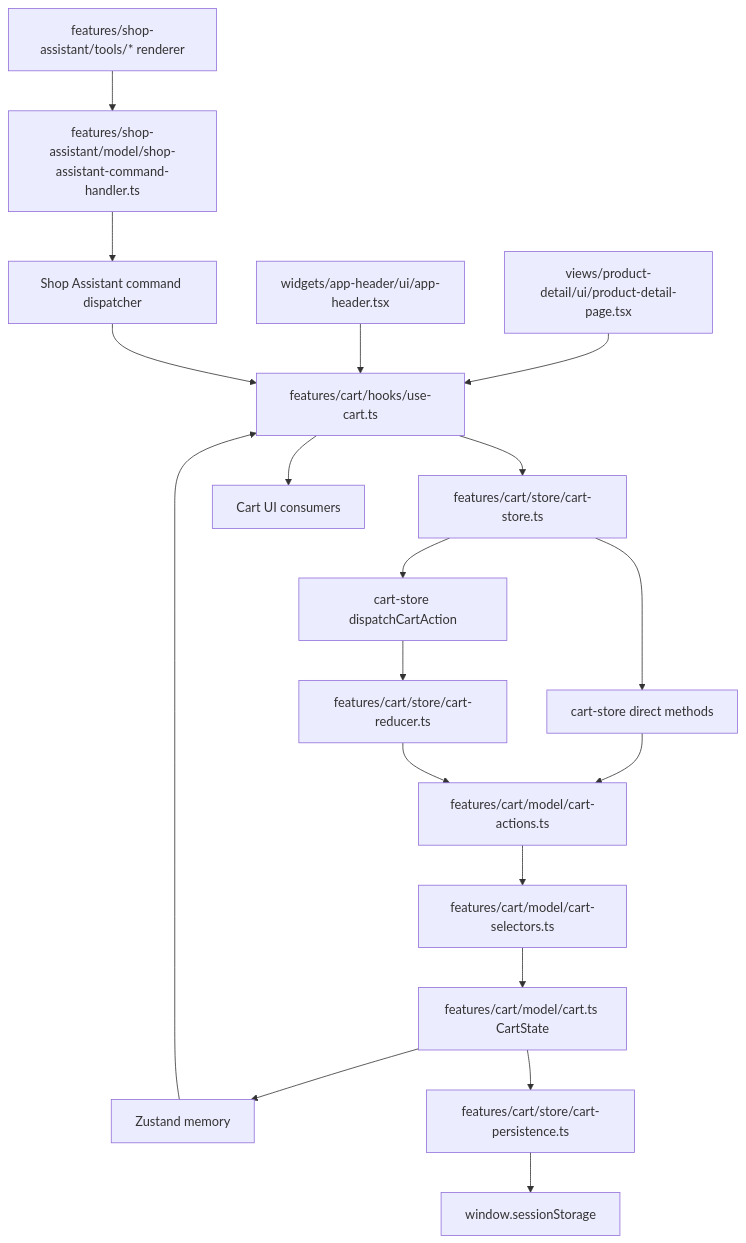
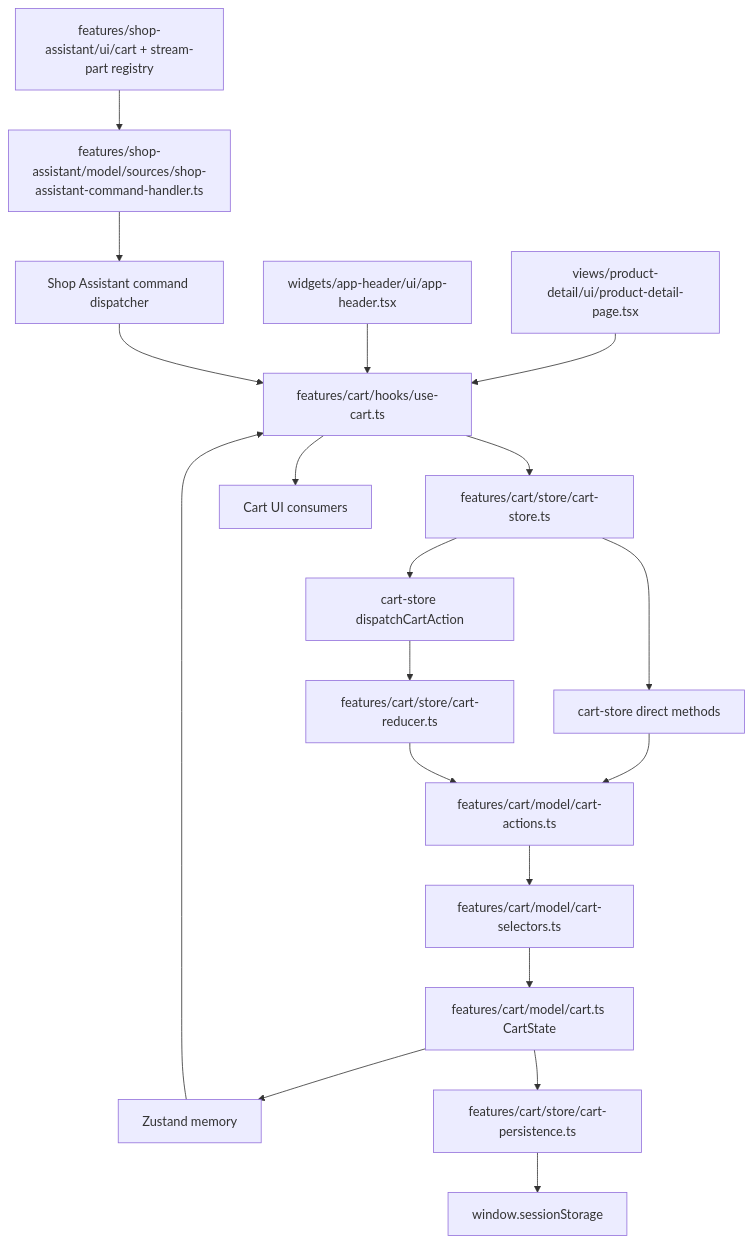
Before and after one commit to SheriffKoder/shopmate-ai-product-assistant: the diagram in features/cart/architecture.md, drawn with Mermaid. The commit also changed other lines of this file and 9 other files, not shown here.

First line of the commit message:
docs(ai-assistant): align retrieval-first with schema lookup render

````diff
--- a/features/cart/architecture.md
+++ b/features/cart/architecture.md
@@ -5,24 +5,24 @@
 ```mermaid
 flowchart TD
     ProductPage[views/product-detail/ui/product-detail-page.tsx] --> Hook[features/cart/hooks/use-cart.ts]
     Header[widgets/app-header/ui/app-header.tsx] --> Hook
-    Assistant[features/shop-assistant/tools/* renderer] --> Command[features/shop-assistant/model/shop-assistant-command-handler.ts]
+    Assistant[features/shop-assistant/ui/cart + stream-part registry] --> Command[features/shop-assistant/model/sources/shop-assistant-command-handler.ts]
     Command --> Handler[Shop Assistant command dispatcher]
     Handler --> Hook
 
     Hook --> Store[features/cart/store/cart-store.ts]
 
     Store --> Direct[cart-store direct methods]
     Store --> Dispatch[cart-store dispatchCartAction]
     Dispatch --> Reducer[features/cart/store/cart-reducer.ts]
     Direct --> Actions[features/cart/model/cart-actions.ts]
     Reducer --> Actions
     Actions --> Selectors[features/cart/model/cart-selectors.ts]
     Selectors --> NextState[features/cart/model/cart.ts CartState]
 
     NextState --> Memory[Zustand memory]
     NextState --> Persist[features/cart/store/cart-persistence.ts]
     Persist --> Session[window.sessionStorage]
     Memory --> Hook
     Hook --> Consumers[Cart UI consumers]
 ```
````
